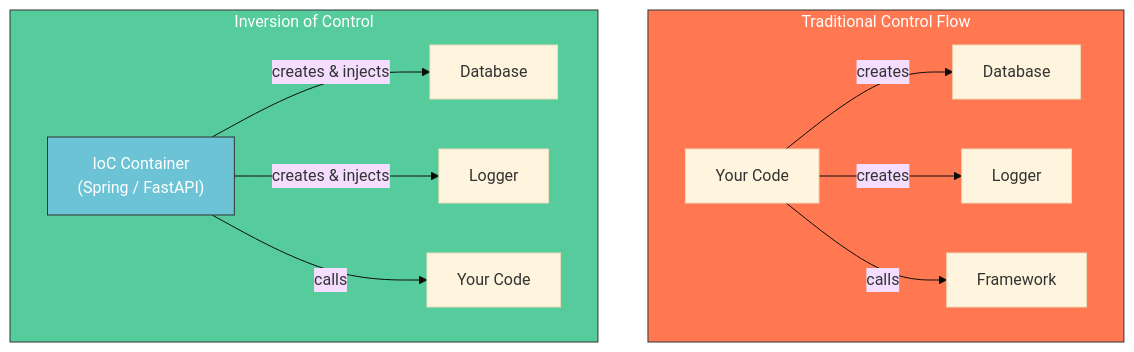
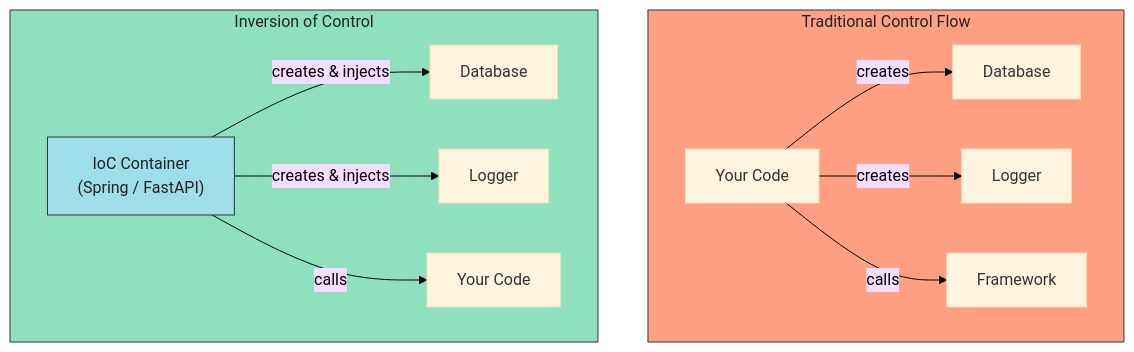
Before and after one commit to tanquangduong/tanquangduong.github.io: the second of 10 diagrams in posts/design-pattern/Design-Pattern-Interview-QA-2.qmd, drawn with Mermaid (base theme). The commit also changed other lines of this file and 204 other files, not shown here.

````diff
--- a/posts/design-pattern/Design-Pattern-Interview-QA-2.qmd
+++ b/posts/design-pattern/Design-Pattern-Interview-QA-2.qmd
@@ -246,20 +247,21 @@
 ```{mermaid}
 graph TD
+    linkStyle default stroke:#000,color:#000
     subgraph Traditional["Traditional Control Flow"]
         APP["Your Code"]
         APP -->|"creates"| DEP1["Database"]
         APP -->|"creates"| DEP2["Logger"]
         APP -->|"calls"| FRAMEWORK["Framework"]
     end
 
     subgraph IoC["Inversion of Control"]
         CONTAINER["IoC Container<br/>(Spring / FastAPI)"]
         CONTAINER -->|"creates & injects"| DEP3["Database"]
         CONTAINER -->|"creates & injects"| DEP4["Logger"]
         CONTAINER -->|"calls"| YOUR_CODE["Your Code"]
     end
 
-    style Traditional fill:#ff7851,stroke:#333,color:#fff
-    style IoC fill:#56cc9d,stroke:#333,color:#fff
-    style CONTAINER fill:#6cc3d5,stroke:#333,color:#fff
+    style Traditional fill:#ff9f84,stroke:#333,color:#222
+    style IoC fill:#8fe0bf,stroke:#333,color:#222
+    style CONTAINER fill:#9fddea,stroke:#333,color:#222
 ```
````
